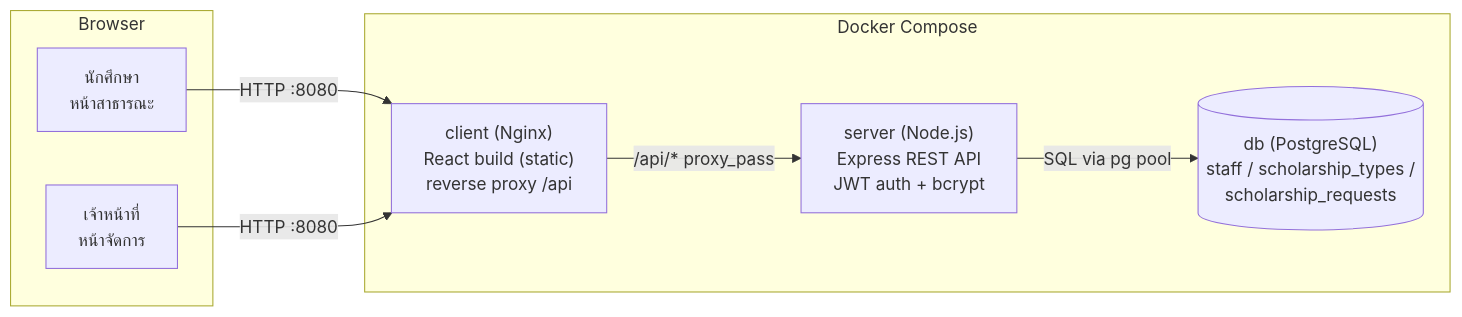
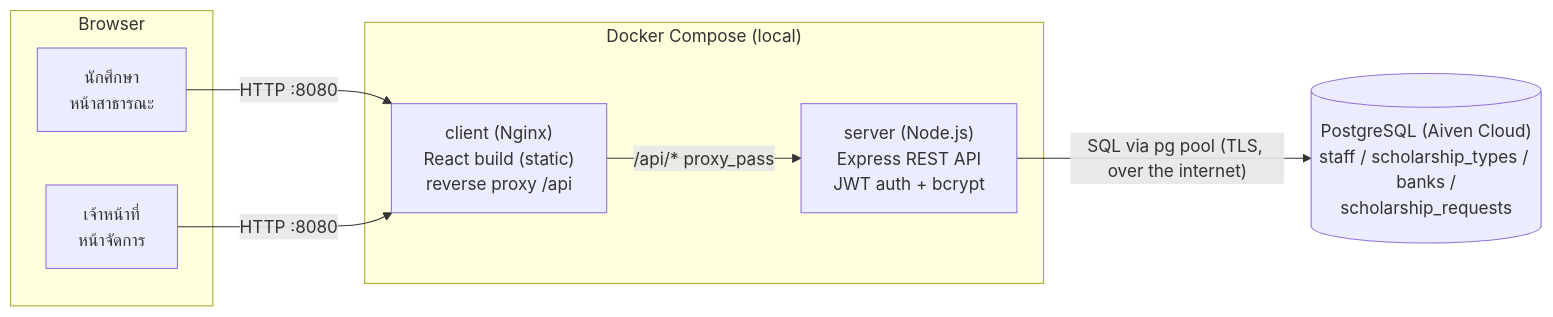
The diagram in docs/System-Architecture.md (newzydev/Scholarship-Request-Management-React), drawn with Mermaid before and after one commit. The commit also changed other lines of this file and 2 other files, not shown here.

Commit message:
Update README.md, System-Architecture.md and ER-Diagram.md

````diff
--- a/docs/System-Architecture.md
+++ b/docs/System-Architecture.md
@@ -5,18 +5,19 @@
 ```mermaid
 flowchart LR
     subgraph Browser
         Student[นักศึกษา<br/>หน้าสาธารณะ]
         Staff[เจ้าหน้าที่<br/>หน้าจัดการ]
     end
 
-    subgraph "Docker Compose"
+    subgraph "Docker Compose (local)"
         Client["client (Nginx)<br/>React build (static)<br/>reverse proxy /api"]
         Server["server (Node.js)<br/>Express REST API<br/>JWT auth + bcrypt"]
-        DB[("db (PostgreSQL)<br/>staff / scholarship_types /<br/>scholarship_requests")]
     end
+
+    DB[("PostgreSQL (Aiven Cloud)<br/>staff / scholarship_types / banks /<br/>scholarship_requests")]
 
     Student -->|HTTP :8080| Client
     Staff -->|HTTP :8080| Client
     Client -->|"/api/* proxy_pass"| Server
-    Server -->|SQL via pg pool| DB
+    Server -->|"SQL via pg pool (TLS, over the internet)"| DB
 ```
````
